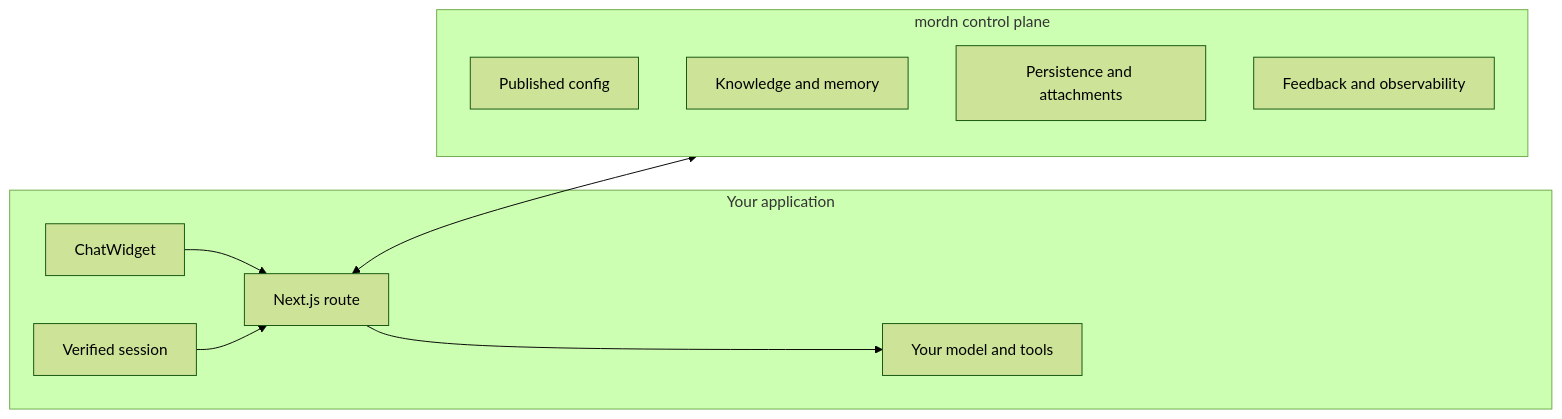
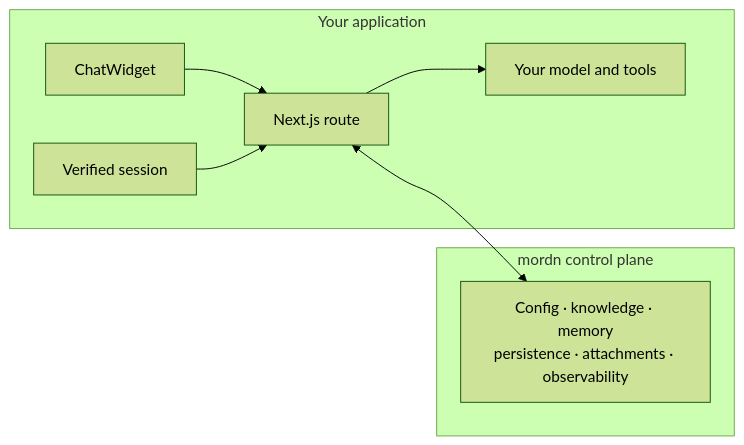
One commit to arnavv-guptaa/chat-widget changed the diagram in README.md. Above: the diagram before and after it, drawn with Mermaid (forest theme).

Commit message:
docs: simplify architecture diagram

````diff
--- a/README.md
+++ b/README.md
@@ -13,21 +13,18 @@
 ```mermaid
 flowchart LR
   subgraph app[Your application]
     browser[ChatWidget]
     route[Next.js route]
     auth[Verified session]
     runtime[Your model and tools]
     browser --> route
     auth --> route
     route --> runtime
   end
 
   subgraph mordn[mordn control plane]
-    config[Published config]
-    knowledge[Knowledge and memory]
-    persistence[Persistence and attachments]
-    operations[Feedback and observability]
+    control[Config · knowledge · memory<br/>persistence · attachments · observability]
   end
 
-  route <--> mordn
+  route <--> control
 ```
````
